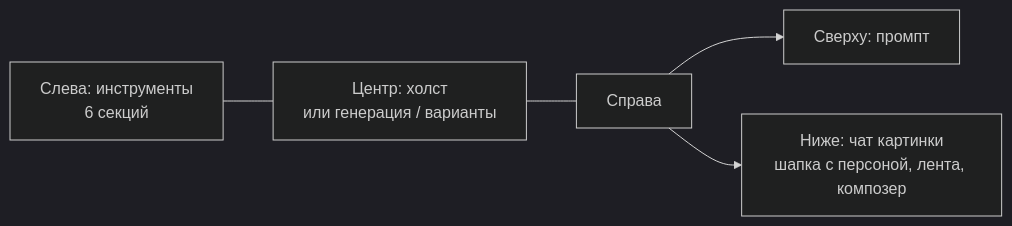
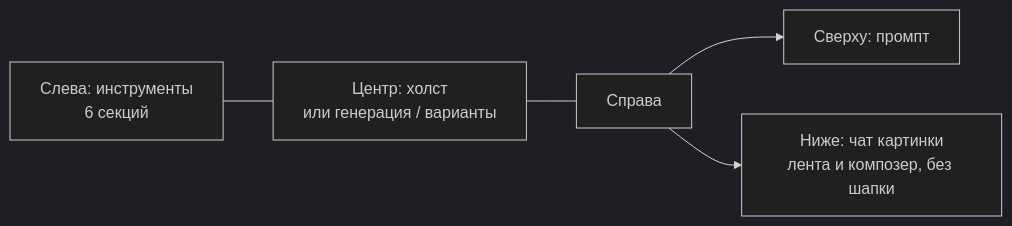
One commit to naychenko2/ClaudeCodeServer changed the diagram in docs/mockups/image-editor-v2-proposal.md. Above: the diagram before and after it, drawn with Mermaid (dark theme). The commit also changed other lines of this file and 1 other file, not shown here.

````diff
--- a/docs/mockups/image-editor-v2-proposal.md
+++ b/docs/mockups/image-editor-v2-proposal.md
@@ -24,7 +24,7 @@
 ```mermaid
 flowchart LR
   L["Слева: инструменты<br/>6 секций"] --- C["Центр: холст<br/>или генерация / варианты"]
   C --- R["Справа"]
   R --> P["Сверху: промпт"]
-  R --> CH["Ниже: чат картинки<br/>шапка с персоной, лента, композер"]
+  R --> CH["Ниже: чат картинки<br/>лента и композер, без шапки"]
 ```
````
